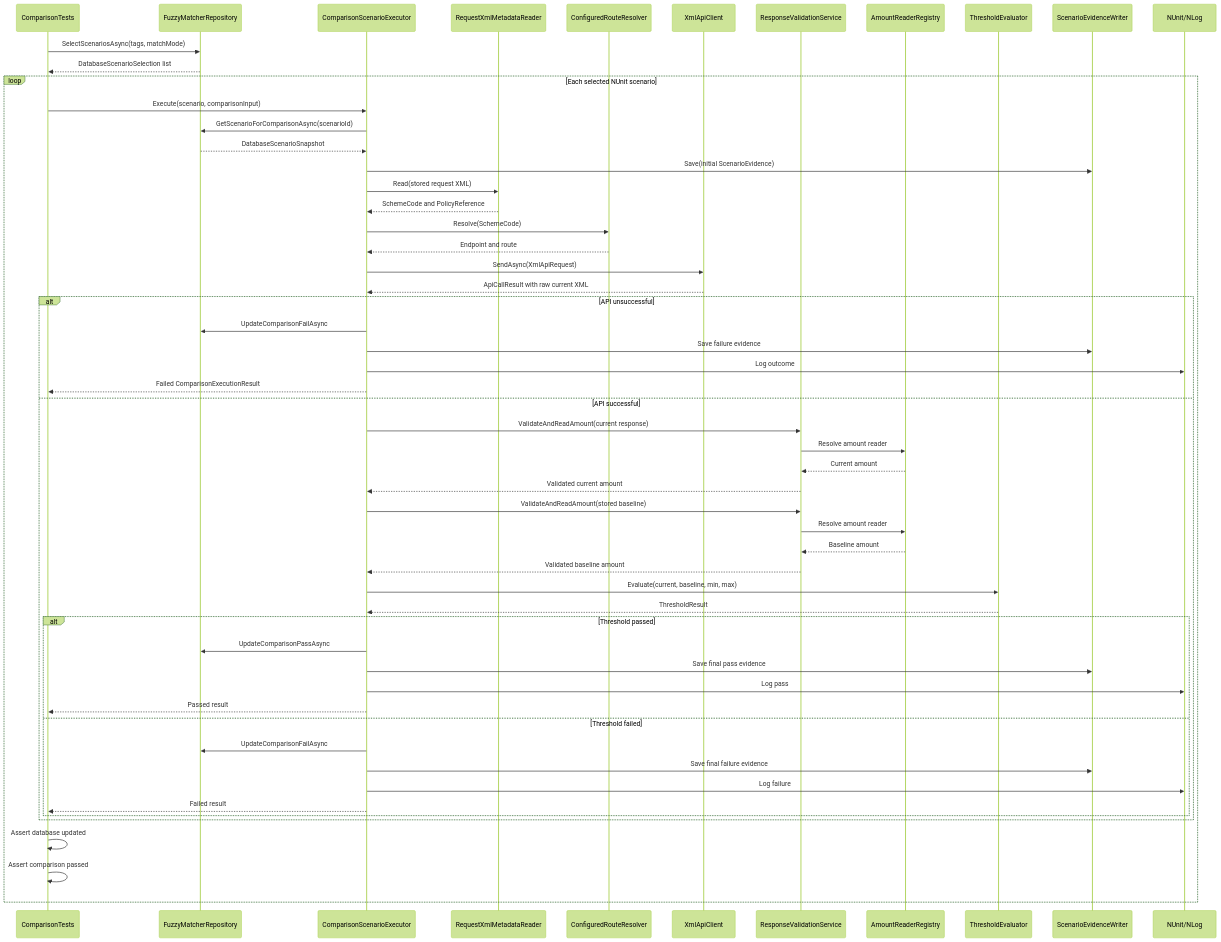
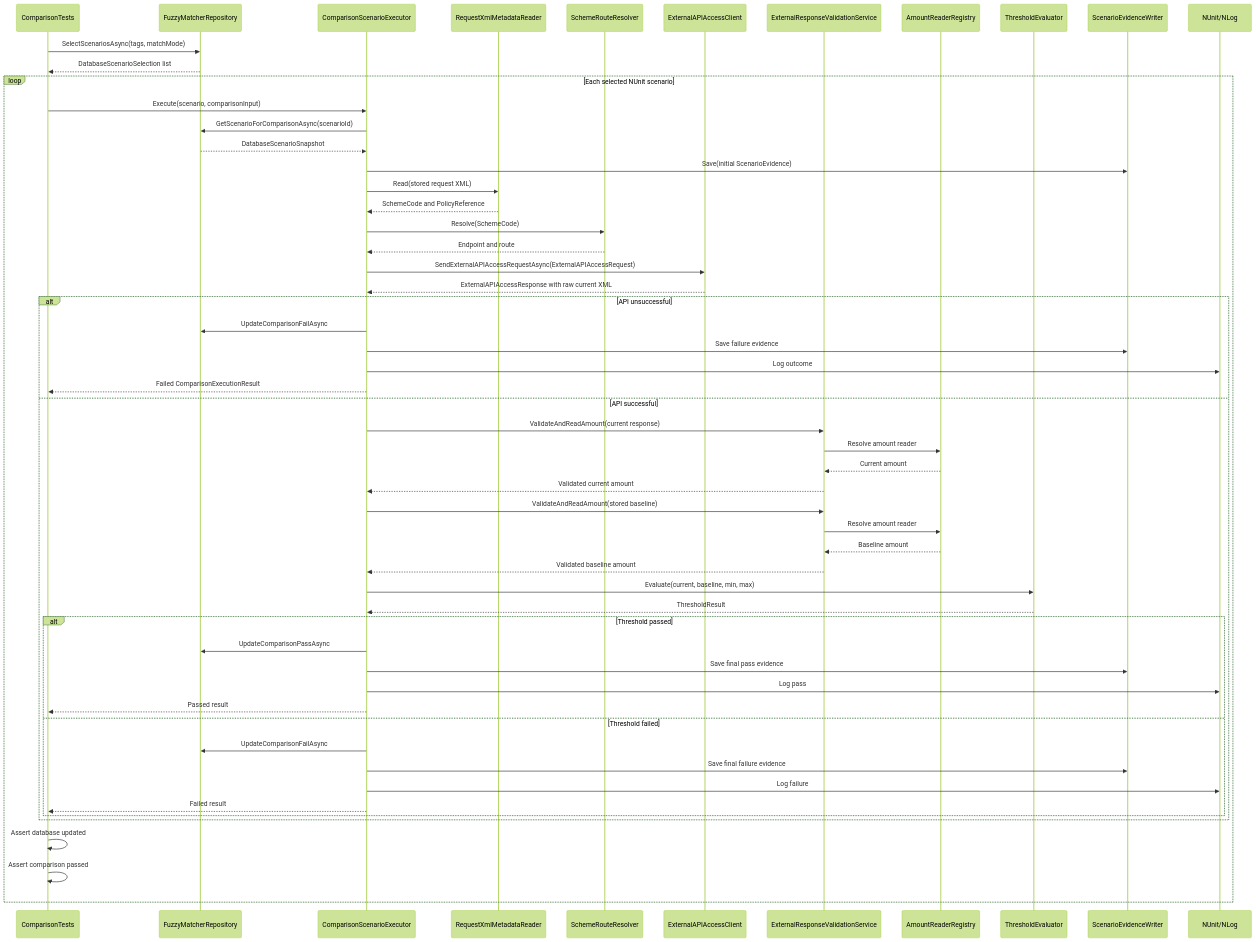
Before and after one commit to ChetanChohan7/playwright-bdd-acorn: the eighth of 8 diagrams in FuzzyPricingMatcher/docs/sequence-diagrams.md, drawn with Mermaid (forest theme). The commit also changed other lines of this file and 108 other files, not shown here.

````diff
--- a/FuzzyPricingMatcher/docs/sequence-diagrams.md
+++ b/FuzzyPricingMatcher/docs/sequence-diagrams.md
@@ -304,59 +304,59 @@
 ```mermaid
 sequenceDiagram
     participant Fixture as ComparisonTests
     participant Repo as FuzzyMatcherRepository
     participant Executor as ComparisonScenarioExecutor
     participant Metadata as RequestXmlMetadataReader
-    participant Route as ConfiguredRouteResolver
-    participant API as XmlApiClient
-    participant Validation as ResponseValidationService
+    participant Route as SchemeRouteResolver
+    participant API as ExternalAPIAccessClient
+    participant Validation as ExternalResponseValidationService
     participant Amount as AmountReaderRegistry
     participant Threshold as ThresholdEvaluator
     participant Evidence as ScenarioEvidenceWriter
     participant Output as NUnit/NLog
 
     Fixture->>Repo: SelectScenariosAsync(tags, matchMode)
     Repo-->>Fixture: DatabaseScenarioSelection list
     loop Each selected NUnit scenario
         Fixture->>Executor: Execute(scenario, comparisonInput)
         Executor->>Repo: GetScenarioForComparisonAsync(scenarioId)
         Repo-->>Executor: DatabaseScenarioSnapshot
         Executor->>Evidence: Save(initial ScenarioEvidence)
         Executor->>Metadata: Read(stored request XML)
         Metadata-->>Executor: SchemeCode and PolicyReference
         Executor->>Route: Resolve(SchemeCode)
         Route-->>Executor: Endpoint and route
-        Executor->>API: SendAsync(XmlApiRequest)
-        API-->>Executor: ApiCallResult with raw current XML
+        Executor->>API: SendExternalAPIAccessRequestAsync(ExternalAPIAccessRequest)
+        API-->>Executor: ExternalAPIAccessResponse with raw current XML
         alt API unsuccessful
             Executor->>Repo: UpdateComparisonFailAsync
             Executor->>Evidence: Save failure evidence
             Executor->>Output: Log outcome
             Executor-->>Fixture: Failed ComparisonExecutionResult
         else API successful
             Executor->>Validation: ValidateAndReadAmount(current response)
             Validation->>Amount: Resolve amount reader
             Amount-->>Validation: Current amount
             Validation-->>Executor: Validated current amount
             Executor->>Validation: ValidateAndReadAmount(stored baseline)
             Validation->>Amount: Resolve amount reader
             Amount-->>Validation: Baseline amount
             Validation-->>Executor: Validated baseline amount
             Executor->>Threshold: Evaluate(current, baseline, min, max)
             Threshold-->>Executor: ThresholdResult
             alt Threshold passed
                 Executor->>Repo: UpdateComparisonPassAsync
                 Executor->>Evidence: Save final pass evidence
                 Executor->>Output: Log pass
                 Executor-->>Fixture: Passed result
             else Threshold failed
                 Executor->>Repo: UpdateComparisonFailAsync
                 Executor->>Evidence: Save final failure evidence
                 Executor->>Output: Log failure
                 Executor-->>Fixture: Failed result
             end
         end
         Fixture->>Fixture: Assert database updated
         Fixture->>Fixture: Assert comparison passed
     end
 ```
````
